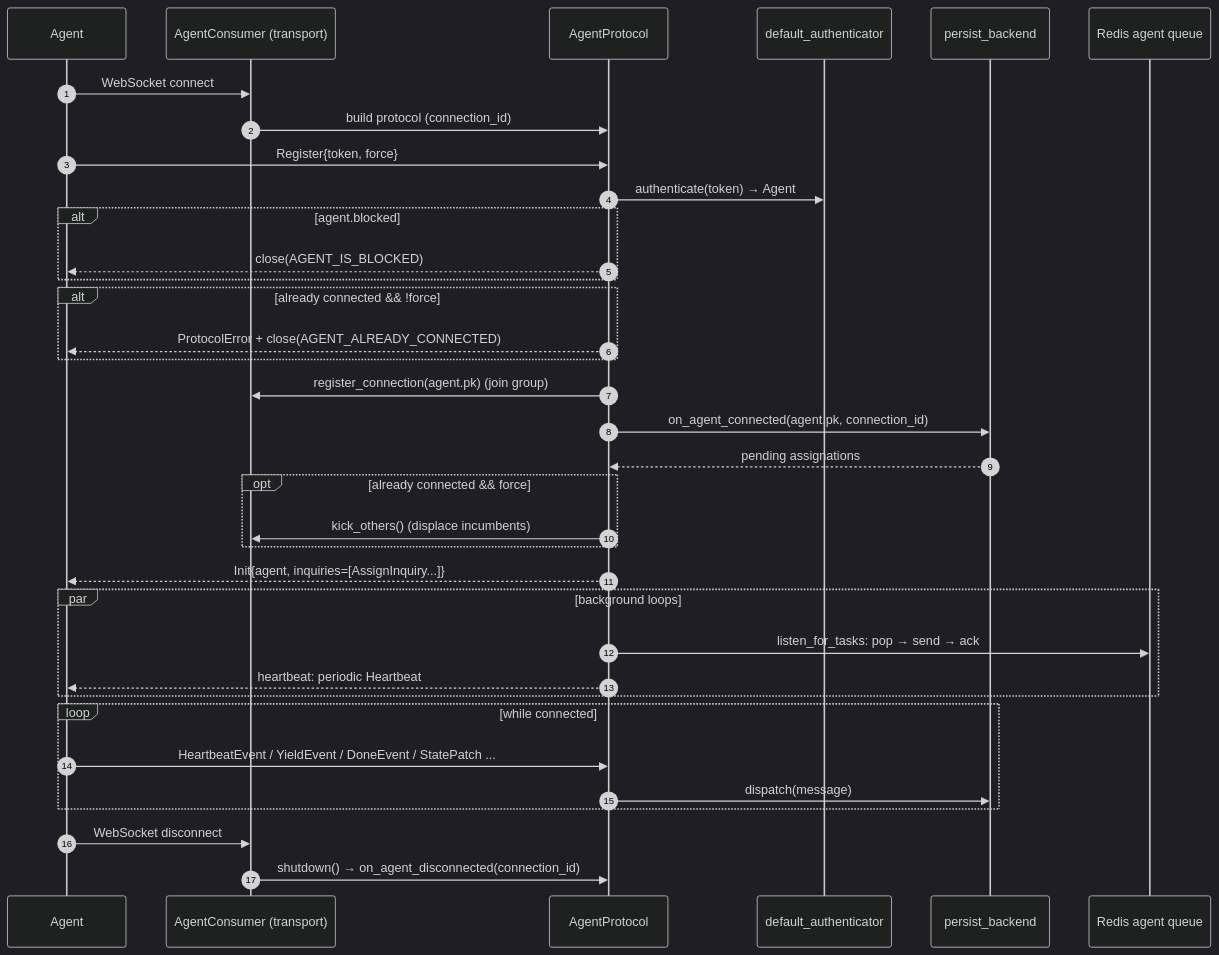
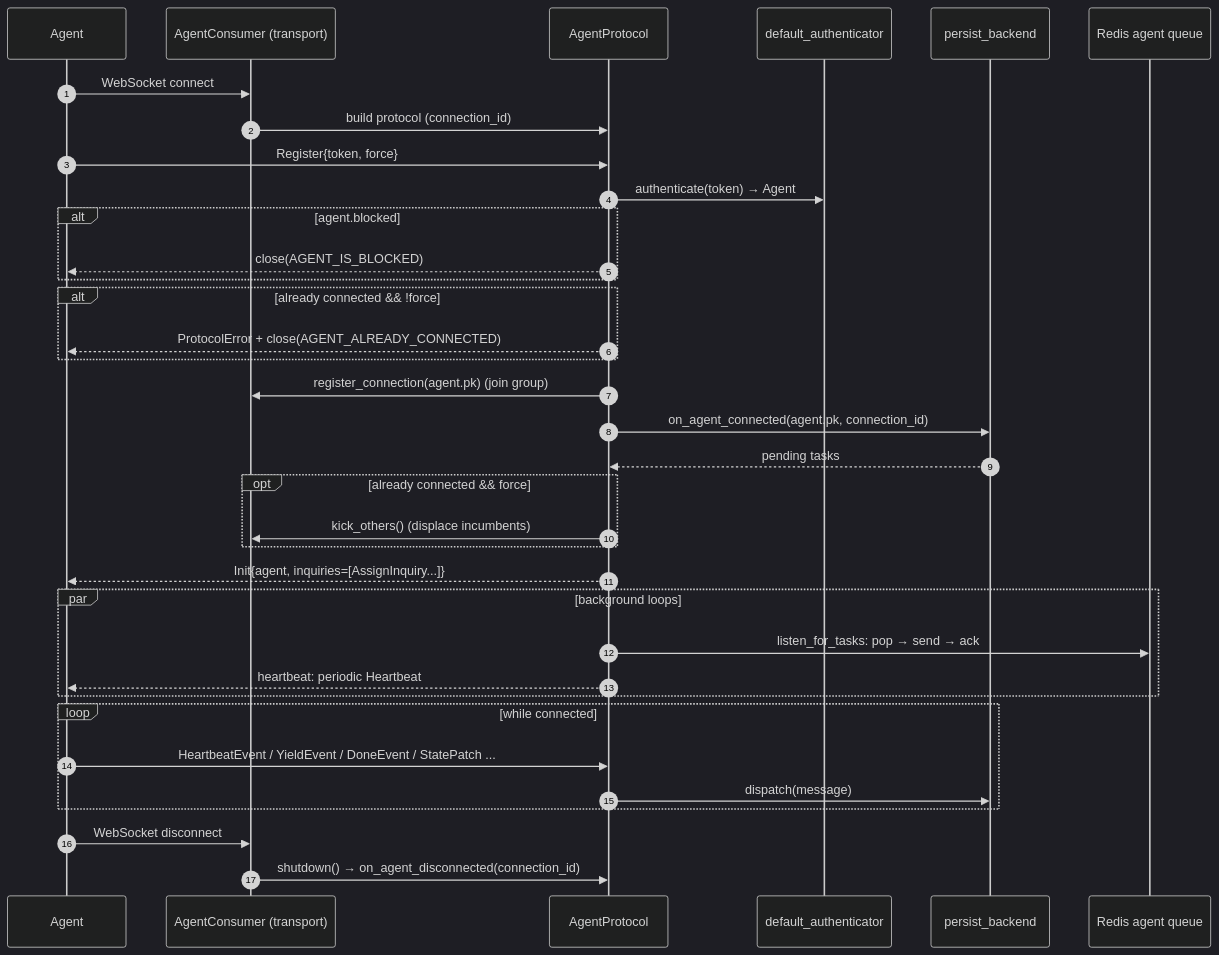
One commit to arkitektio/rekuest-server-next changed the diagram in docs/design/agent-protocol.md. Above: the diagram before and after it, drawn with Mermaid (dark theme). The commit also changed other lines of this file and 85 other files, not shown here.

````diff
--- a/docs/design/agent-protocol.md
+++ b/docs/design/agent-protocol.md
@@ -36,38 +36,38 @@
 ```mermaid
 sequenceDiagram
     autonumber
     participant AG as Agent
     participant AC as AgentConsumer (transport)
     participant P as AgentProtocol
     participant AU as default_authenticator
     participant PB as persist_backend
     participant Q as Redis agent queue
 
     AG->>AC: WebSocket connect
     AC->>P: build protocol (connection_id)
     AG->>P: Register{token, force}
     P->>AU: authenticate(token) → Agent
     alt agent.blocked
         P-->>AG: close(AGENT_IS_BLOCKED)
     end
     alt already connected && !force
         P-->>AG: ProtocolError + close(AGENT_ALREADY_CONNECTED)
     end
     P->>AC: register_connection(agent.pk) (join group)
     P->>PB: on_agent_connected(agent.pk, connection_id)
-    PB-->>P: pending assignations
+    PB-->>P: pending tasks
     opt already connected && force
         P->>AC: kick_others() (displace incumbents)
     end
     P-->>AG: Init{agent, inquiries=[AssignInquiry...]}
     par background loops
         P->>Q: listen_for_tasks: pop → send → ack
         P-->>AG: heartbeat: periodic Heartbeat
     end
     loop while connected
         AG->>P: HeartbeatEvent / YieldEvent / DoneEvent / StatePatch ...
         P->>PB: dispatch(message)
     end
     AG->>AC: WebSocket disconnect
     AC->>P: shutdown() → on_agent_disconnected(connection_id)
 ```
````
